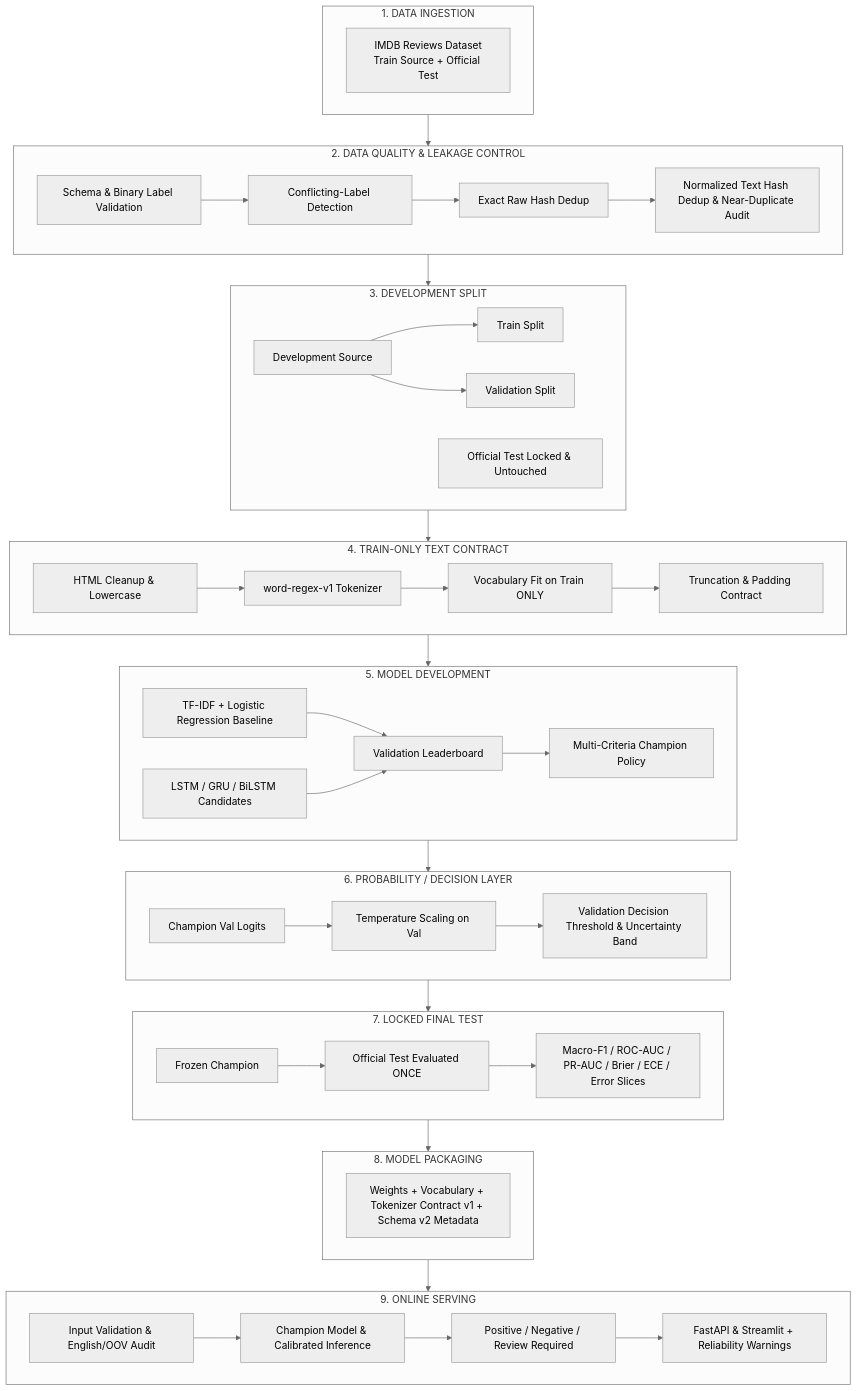
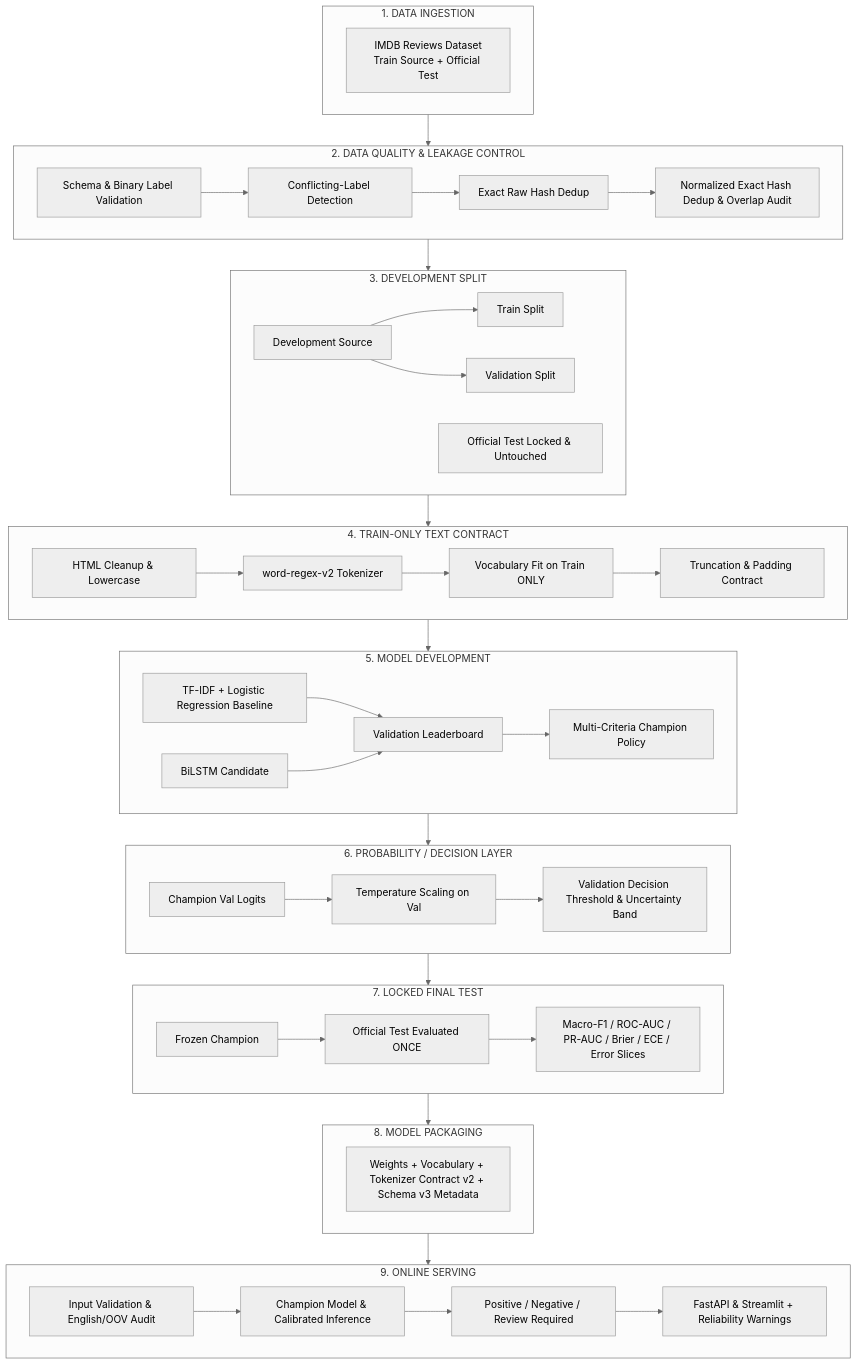
The diagram in README.md (haminhthong/Imdb-Sentiment-Analysis), drawn with Mermaid (neutral theme) before and after one commit. The commit also changed other lines of this file and 40 other files, not shown here.

````diff
--- a/README.md
+++ b/README.md
@@ -44,54 +47,54 @@
 ```mermaid
 flowchart TD
     subgraph S1["1. DATA INGESTION"]
         A[IMDB Reviews Dataset\nTrain Source + Official Test]
     end
 
     subgraph S2["2. DATA QUALITY & LEAKAGE CONTROL"]
         B1[Schema & Binary Label Validation] --> B2[Conflicting-Label Detection]
         B2 --> B3[Exact Raw Hash Dedup]
-        B3 --> B4[Normalized Text Hash Dedup & Near-Duplicate Audit]
+        B3 --> B4[Normalized Exact Hash Dedup & Overlap Audit]
     end
 
     subgraph S3["3. DEVELOPMENT SPLIT"]
         C1[Development Source] --> C2[Train Split]
         C1 --> C3[Validation Split]
         C4[Official Test Locked & Untouched]
     end
 
     subgraph S4["4. TRAIN-ONLY TEXT CONTRACT"]
-        D1[HTML Cleanup & Lowercase] --> D2[word-regex-v1 Tokenizer]
+        D1[HTML Cleanup & Lowercase] --> D2[word-regex-v2 Tokenizer]
         D2 --> D3[Vocabulary Fit on Train ONLY]
         D3 --> D4[Truncation & Padding Contract]
     end
 
     subgraph S5["5. MODEL DEVELOPMENT"]
         E1[TF-IDF + Logistic Regression Baseline]
-        E2[LSTM / GRU / BiLSTM Candidates]
+        E2[BiLSTM Candidate]
         E1 --> E3[Validation Leaderboard]
         E2 --> E3
         E3 --> E4[Multi-Criteria Champion Policy]
     end
 
     subgraph S6["6. PROBABILITY / DECISION LAYER"]
         F1[Champion Val Logits] --> F2[Temperature Scaling on Val]
         F2 --> F3[Validation Decision Threshold & Uncertainty Band]
     end
 
     subgraph S7["7. LOCKED FINAL TEST"]
         G1[Frozen Champion] --> G2[Official Test Evaluated ONCE]
         G2 --> G3[Macro-F1 / ROC-AUC / PR-AUC / Brier / ECE / Error Slices]
     end
 
     subgraph S8["8. MODEL PACKAGING"]
-        H[Weights + Vocabulary + Tokenizer Contract v1 + Schema v2 Metadata]
+        H[Weights + Vocabulary + Tokenizer Contract v2 + Schema v3 Metadata]
     end
 
     subgraph S9["9. ONLINE SERVING"]
         I1[Input Validation & English/OOV Audit] --> I2[Champion Model & Calibrated Inference]
         I2 --> I3[Positive / Negative / Review Required]
         I3 --> I4[FastAPI & Streamlit + Reliability Warnings]
     end
 
     S1 --> S2 --> S3 --> S4 --> S5 --> S6 --> S7 --> S8 --> S9
 ```
````
